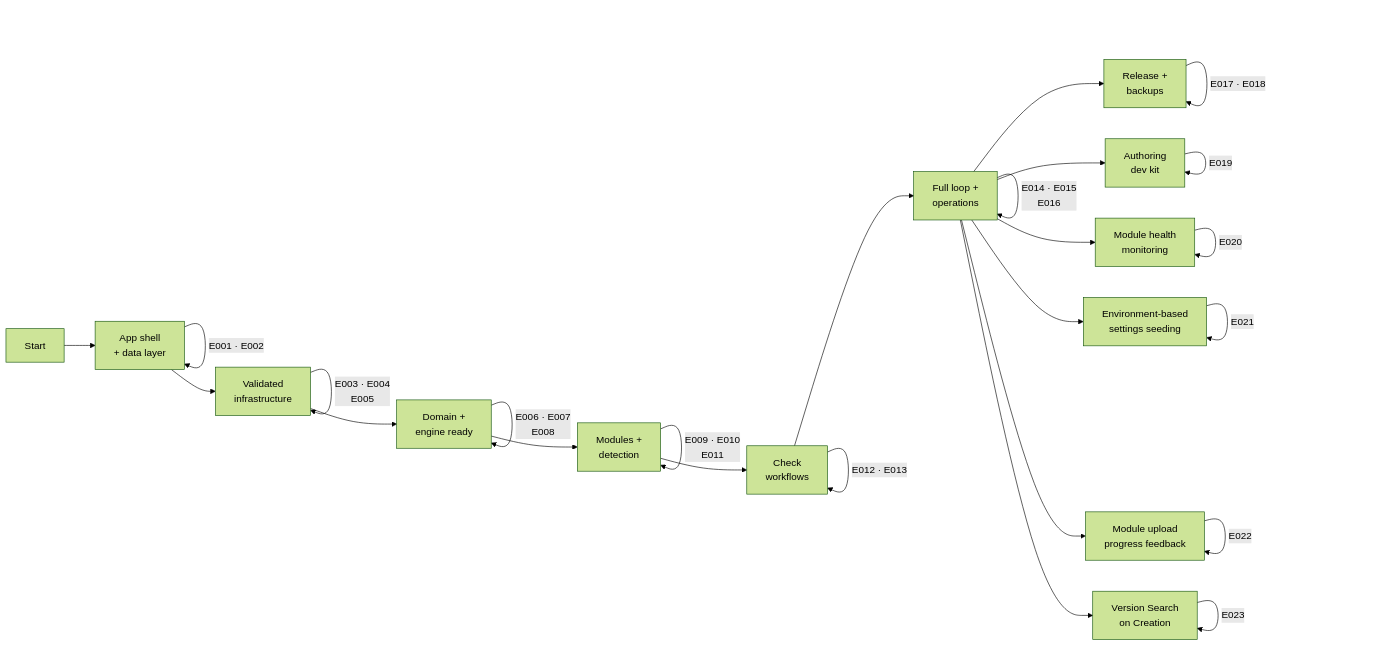
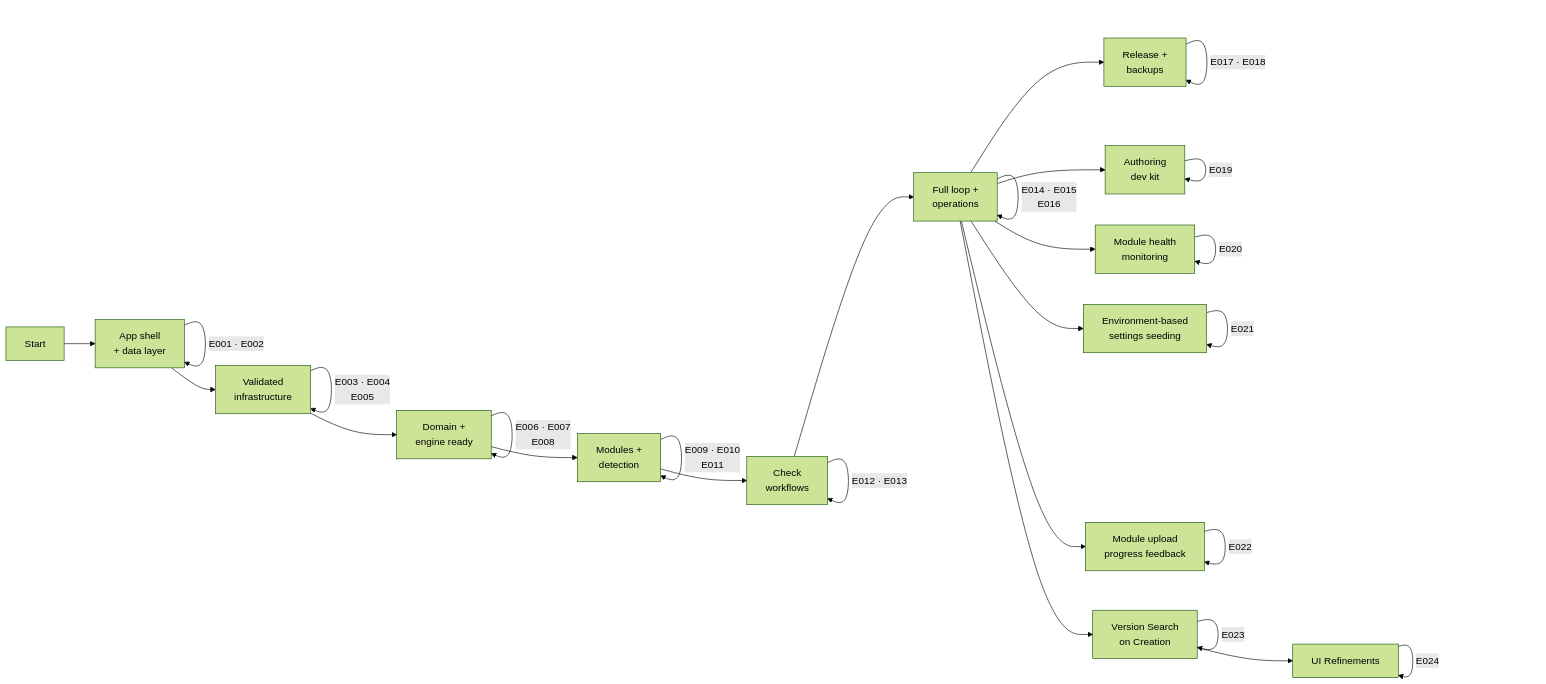
The diagram in specs/project-plan.md (attilaszasz/Binocular), drawn with Mermaid (forest theme) before and after one commit. The commit also changed other lines of this file and 2 other files, not shown here.

````diff
--- a/specs/project-plan.md
+++ b/specs/project-plan.md
@@ -104,38 +110,40 @@
 ```mermaid
 graph LR
     START["Start"] --> M1["App shell<br>+ data layer"]
     M1 -->|"E001 · E002"| M1
 
     M1 --> M2["Validated<br>infrastructure"]
     M2 -->|"E003 · E004<br>E005"| M2
 
     M2 --> M3["Domain +<br>engine ready"]
     M3 -->|"E006 · E007<br>E008"| M3
 
     M3 --> M4["Modules +<br>detection"]
     M4 -->|"E009 · E010<br>E011"| M4
 
     M4 --> M5["Check<br>workflows"]
     M5 -->|"E012 · E013"| M5
 
     M5 --> M6["Full loop +<br>operations"]
     M6 -->|"E014 · E015<br>E016"| M6
 
     M6 --> M7["Release +<br>backups"]
     M7 -->|"E017 · E018"| M7
 
     M6 --> M8["Authoring<br>dev kit"]
     M8 -->|"E019"| M8
 
     M6 --> M9["Module health<br>monitoring"]
     M9 -->|"E020"| M9
 
     M6 --> M10["Environment-based<br>settings seeding"]
     M10 -->|"E021"| M10
 
     M6 --> M11["Module upload<br>progress feedback"]
     M11 -->|"E022"| M11
 
     M6 --> M12["Version Search<br>on Creation"]
     M12 -->|"E023"| M12
+    M12 --> M13["UI Refinements"]
+    M13 -->|"E024"| M13
 ```
````
